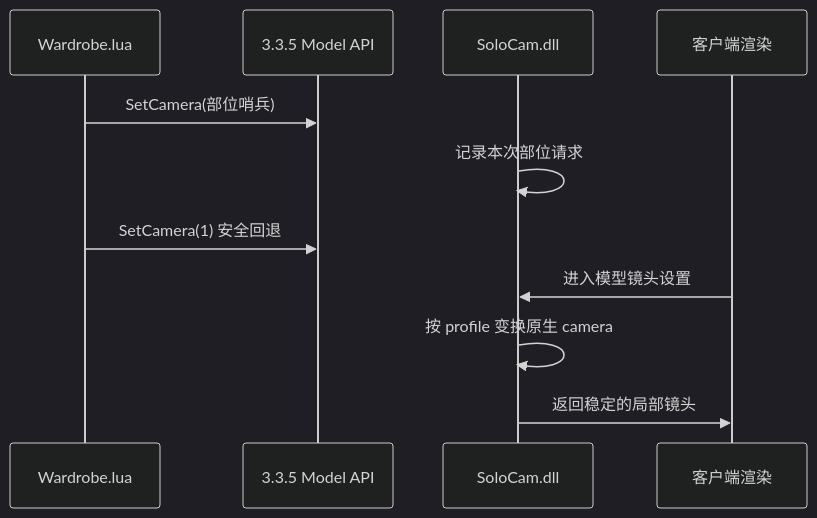
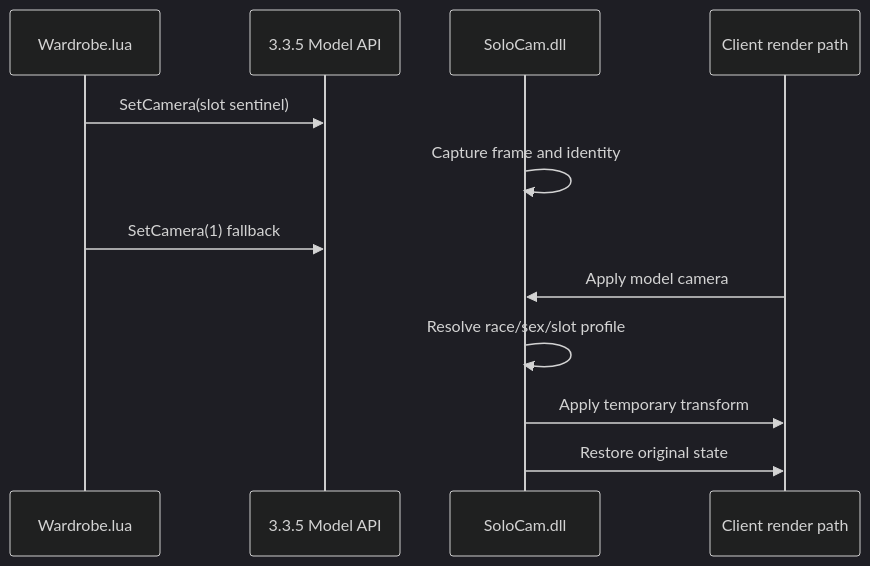
Before and after one commit to haha2345/SoloCollectionsPlatform: the diagram in docs/architecture/08-客户端SoloCam扩展.md, drawn with Mermaid (dark theme). The commit also changed other lines of this file and 81 other files, not shown here.

````diff
--- a/docs/architecture/08-客户端SoloCam扩展.md
+++ b/docs/architecture/08-客户端SoloCam扩展.md
@@ -41,14 +53,15 @@
 ```mermaid
 sequenceDiagram
     participant Lua as Wardrobe.lua
-    participant API as 3.3.5 Model API
+    participant Model as 3.3.5 Model API
     participant DLL as SoloCam.dll
-    participant Render as 客户端渲染
+    participant Render as Client render path
 
-    Lua->>API: SetCamera(部位哨兵)
-    DLL->>DLL: 记录本次部位请求
-    Lua->>API: SetCamera(1) 安全回退
-    Render->>DLL: 进入模型镜头设置
-    DLL->>DLL: 按 profile 变换原生 camera
-    DLL->>Render: 返回稳定的局部镜头
+    Lua->>Model: SetCamera(slot sentinel)
+    DLL->>DLL: Capture frame and identity
+    Lua->>Model: SetCamera(1) fallback
+    Render->>DLL: Apply model camera
+    DLL->>DLL: Resolve race/sex/slot profile
+    DLL->>Render: Apply temporary transform
+    DLL->>Render: Restore original state
 ```
````
